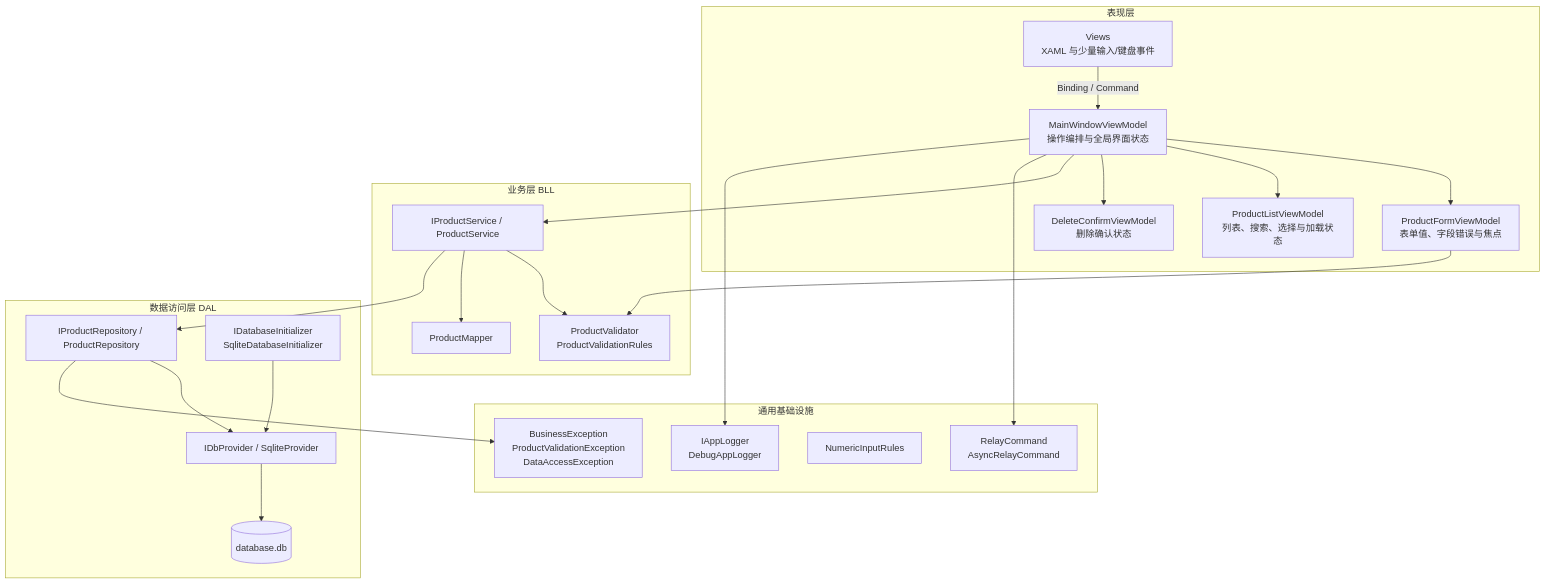
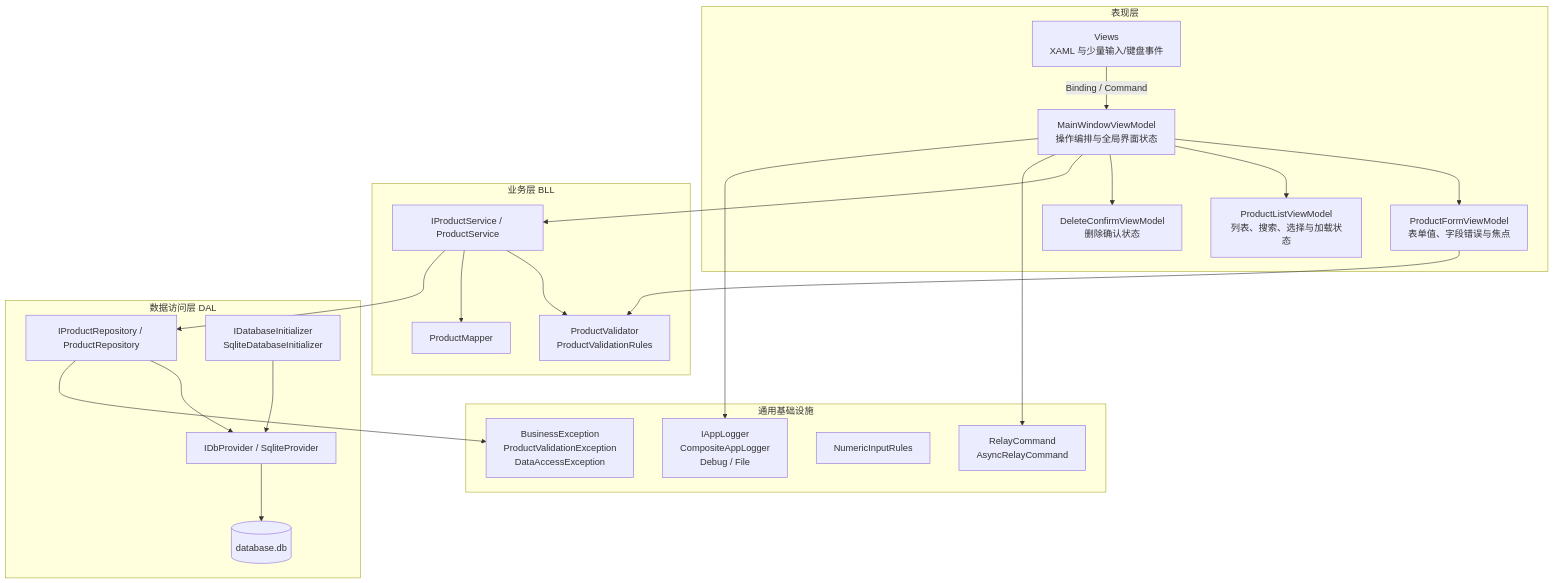
One commit to Harry134915/ProductManagerApp changed the first of 9 diagrams in ProgramFlow/设计文档.md. Above: the diagram before and after it, drawn with Mermaid. The commit also changed other lines of this file and 7 other files, not shown here.

````diff
--- a/ProgramFlow/设计文档.md
+++ b/ProgramFlow/设计文档.md
@@ -7,46 +7,46 @@
 ```mermaid
 graph TB
     subgraph Presentation["表现层"]
         Views["Views<br/>XAML 与少量输入/键盘事件"]
         MainVM["MainWindowViewModel<br/>操作编排与全局界面状态"]
         FormVM["ProductFormViewModel<br/>表单值、字段错误与焦点"]
         ListVM["ProductListViewModel<br/>列表、搜索、选择与加载状态"]
         DeleteVM["DeleteConfirmViewModel<br/>删除确认状态"]
     end
 
     subgraph Business["业务层 BLL"]
         Service["IProductService / ProductService"]
         Validator["ProductValidator<br/>ProductValidationRules"]
         Mapper["ProductMapper"]
     end
 
     subgraph Data["数据访问层 DAL"]
         Repository["IProductRepository / ProductRepository"]
         Initializer["IDatabaseInitializer<br/>SqliteDatabaseInitializer"]
         Provider["IDbProvider / SqliteProvider"]
         SQLite[(database.db)]
     end
 
     subgraph Common["通用基础设施"]
         Commands["RelayCommand<br/>AsyncRelayCommand"]
         Exceptions["BusinessException<br/>ProductValidationException<br/>DataAccessException"]
         Input["NumericInputRules"]
-        Logging["IAppLogger<br/>DebugAppLogger"]
+        Logging["IAppLogger<br/>CompositeAppLogger<br/>Debug / File"]
     end
 
     Views -->|Binding / Command| MainVM
     MainVM --> FormVM
     MainVM --> ListVM
     MainVM --> DeleteVM
     MainVM --> Service
     MainVM --> Commands
     MainVM --> Logging
     FormVM --> Validator
     Service --> Validator
     Service --> Mapper
     Service --> Repository
     Repository --> Provider
     Initializer --> Provider
     Provider --> SQLite
     Repository --> Exceptions
 ```
````
